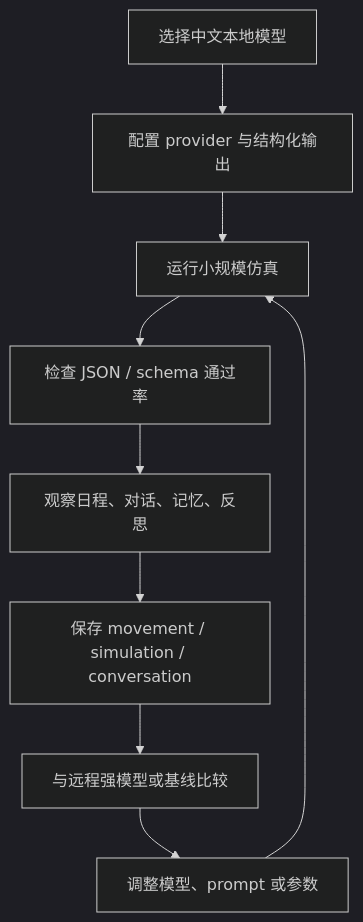
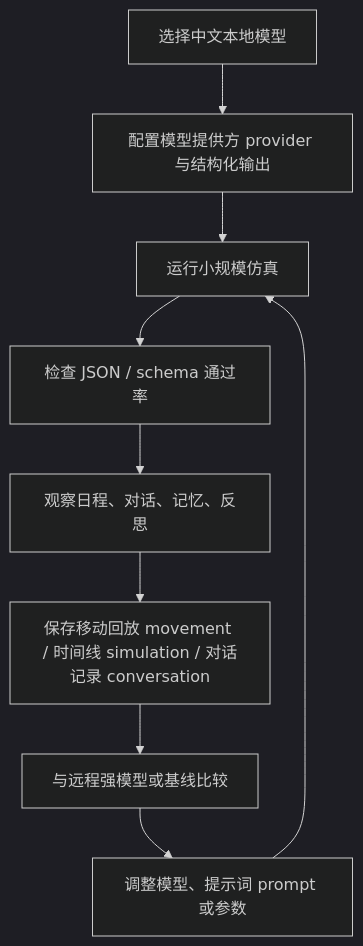
Before and after one commit to tbkken/GenerativeAgentsCN: the first of 4 diagrams in docs/book/manuscript/part_04/chapter_28.md, drawn with Mermaid (dark theme). The commit also changed other lines of this file and 47 other files, not shown here.

````diff
--- a/docs/book/manuscript/part_04/chapter_28.md
+++ b/docs/book/manuscript/part_04/chapter_28.md
@@ -29,11 +29,11 @@
 ```mermaid
 flowchart TD
-    Model["选择中文本地模型"] --> Config["配置 provider 与结构化输出"]
+    Model["选择中文本地模型"] --> Config["配置模型提供方 provider 与结构化输出"]
     Config --> Run["运行小规模仿真"]
     Run --> Check["检查 JSON / schema 通过率"]
     Check --> Behavior["观察日程、对话、记忆、反思"]
-    Behavior --> Evidence["保存 movement / simulation / conversation"]
+    Behavior --> Evidence["保存移动回放 movement / 时间线 simulation / 对话记录 conversation"]
     Evidence --> Compare["与远程强模型或基线比较"]
-    Compare --> Tune["调整模型、prompt 或参数"]
+    Compare --> Tune["调整模型、提示词 prompt 或参数"]
     Tune --> Run
 ```
````
